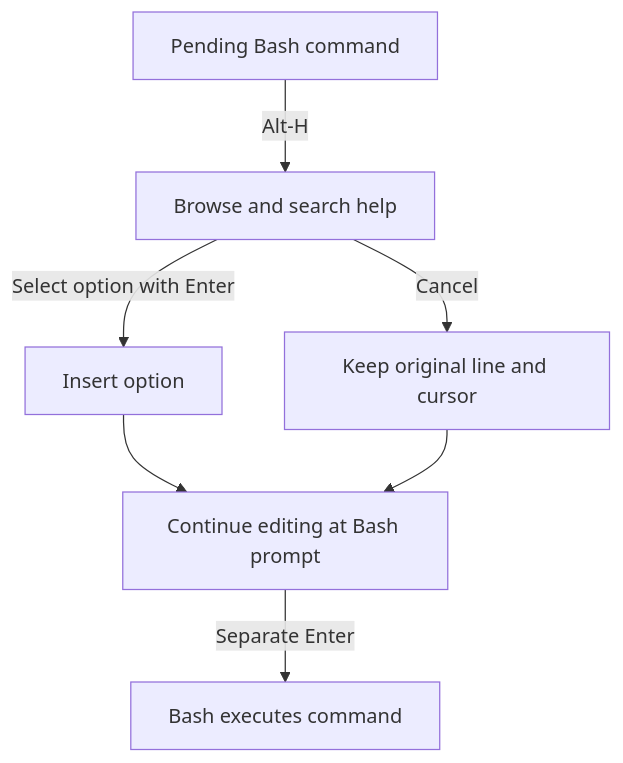
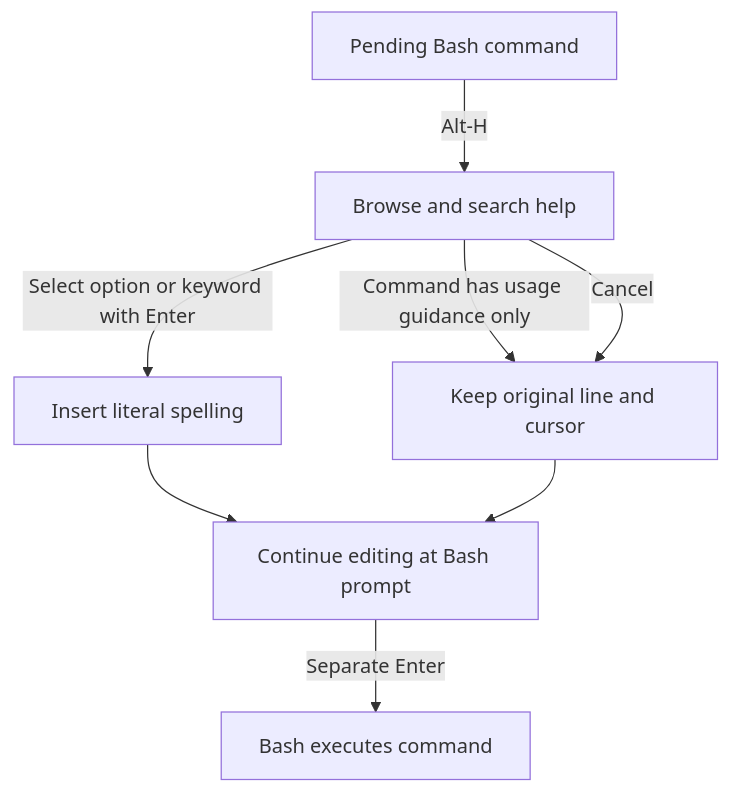
One commit to Usrnmna/CLI-InteractiveHelpMenu changed the diagram in README.md. Above: the diagram before and after it, drawn with Mermaid. The commit also changed other lines of this file and 41 other files, not shown here.

````diff
--- a/README.md
+++ b/README.md
@@ -117,9 +118,10 @@
 ```mermaid
 flowchart TD
     A[Pending Bash command] -->|Alt-H| B[Browse and search help]
-    B -->|Select option with Enter| C[Insert option]
+    B -->|Command has usage guidance only| D
+    B -->|Select option or keyword with Enter| C[Insert literal spelling]
     B -->|Cancel| D[Keep original line and cursor]
     C --> E[Continue editing at Bash prompt]
     D --> E
     E -->|Separate Enter| F[Bash executes command]
 ```
````
